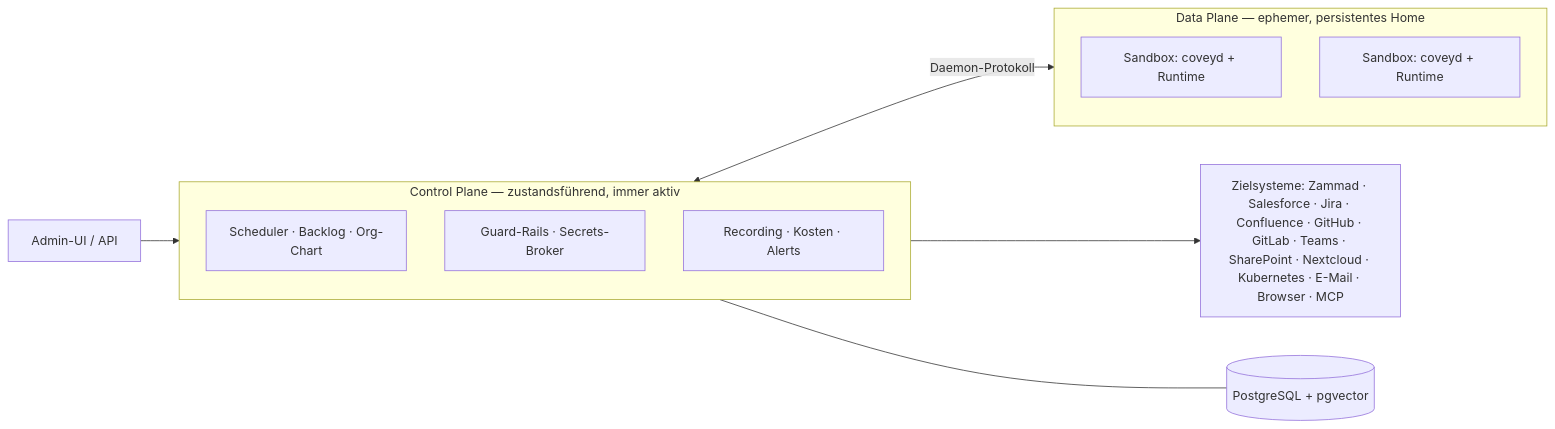
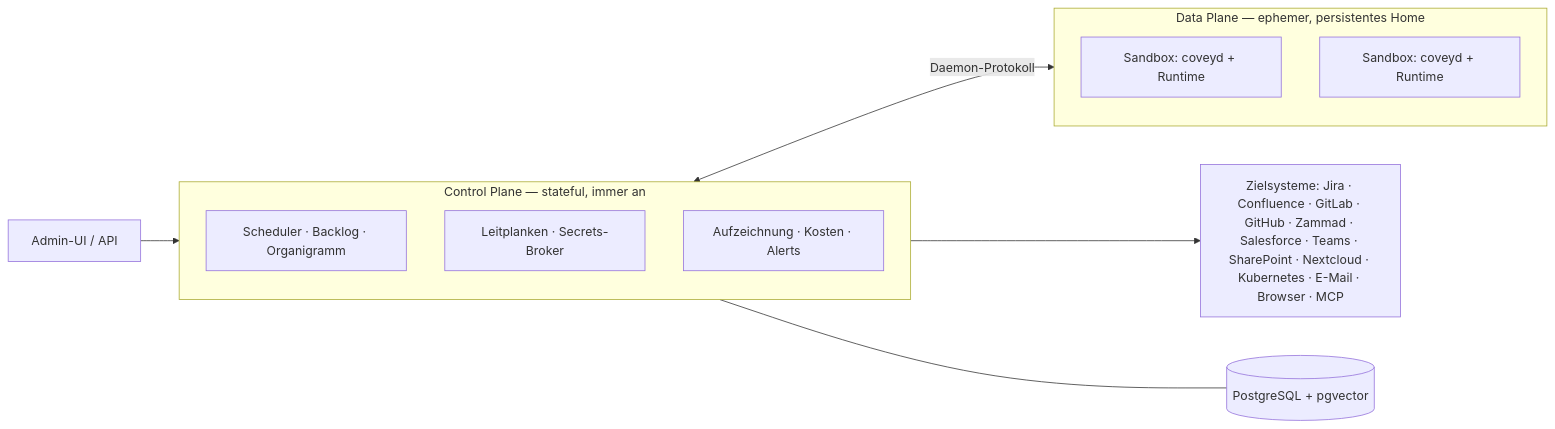
One commit to benjaminLedel/covey changed the diagram in README.de.md. Above: the diagram before and after it, drawn with Mermaid. The commit also changed other lines of this file and 1 other file, not shown here.

````diff
--- a/README.de.md
+++ b/README.de.md
@@ -110,21 +112,21 @@
 ```mermaid
 flowchart LR
     UI["Admin-UI / API"] --> CP
 
-    subgraph CP["Control Plane — zustandsführend, immer aktiv"]
+    subgraph CP["Control Plane — stateful, immer an"]
         direction TB
-        SCHED["Scheduler · Backlog · Org-Chart"]
-        GUARD["Guard-Rails · Secrets-Broker"]
-        OBS["Recording · Kosten · Alerts"]
+        SCHED["Scheduler · Backlog · Organigramm"]
+        GUARD["Leitplanken · Secrets-Broker"]
+        OBS["Aufzeichnung · Kosten · Alerts"]
     end
 
     subgraph DP["Data Plane — ephemer, persistentes Home"]
         direction TB
         S1["Sandbox: coveyd + Runtime"]
         S2["Sandbox: coveyd + Runtime"]
     end
 
     CP <-->|Daemon-Protokoll| DP
-    CP --> TS["Zielsysteme: Zammad · Salesforce · Jira · Confluence · GitHub · GitLab · Teams · SharePoint · Nextcloud · Kubernetes · E-Mail · Browser · MCP"]
+    CP --> TS["Zielsysteme: Jira · Confluence · GitLab · GitHub · Zammad · Salesforce · Teams · SharePoint · Nextcloud · Kubernetes · E-Mail · Browser · MCP"]
     CP --- DB[("PostgreSQL + pgvector")]
 ```
````
